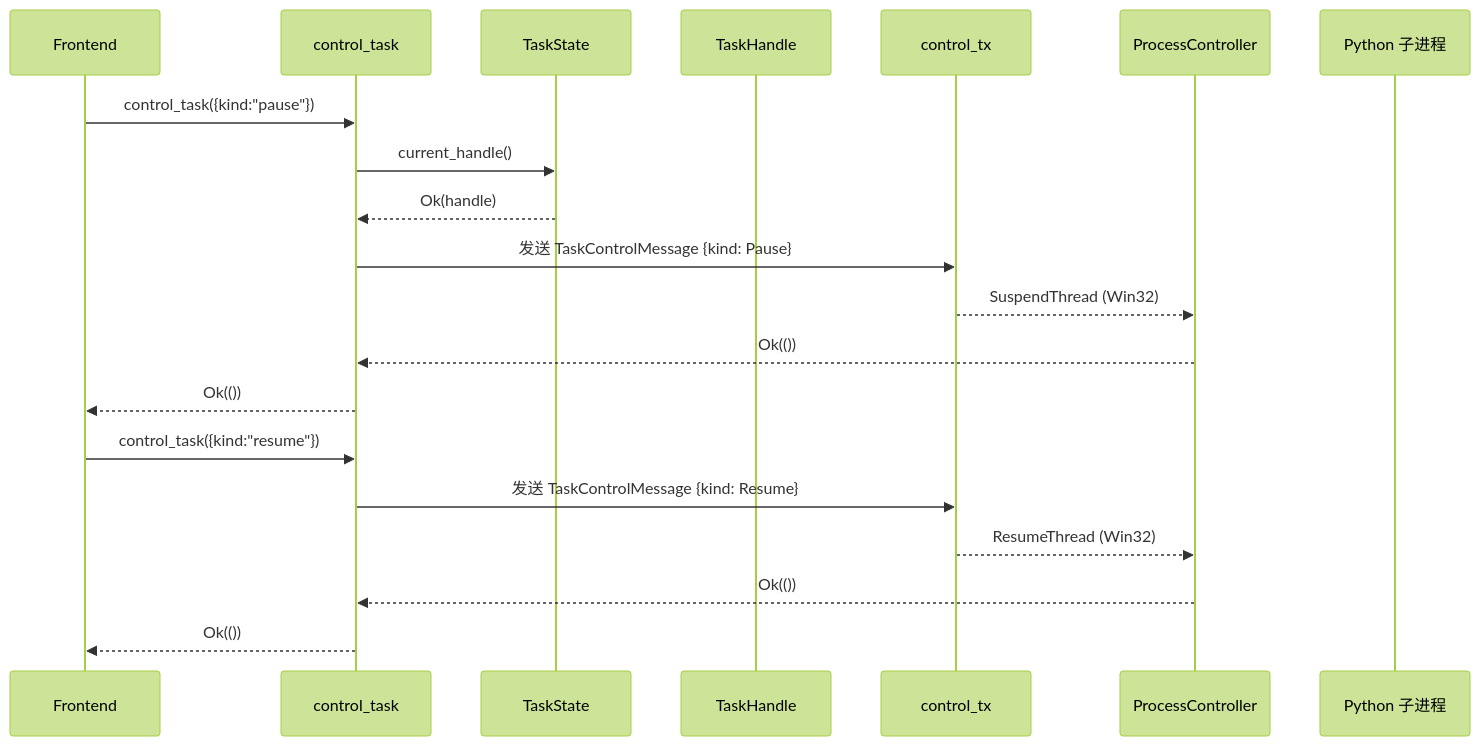
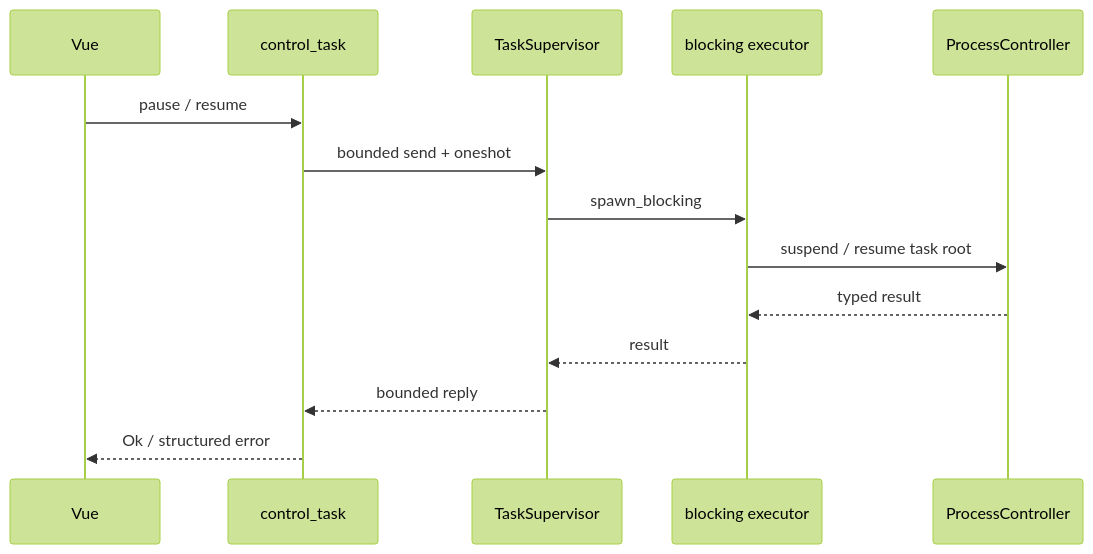
Before and after one commit to youge325/vp: the fourth of 4 diagrams in docs/07-task-lifecycle.md, drawn with Mermaid (forest theme). The commit also changed other lines of this file and 14 other files, not shown here.

````diff
--- a/docs/07-task-lifecycle.md
+++ b/docs/07-task-lifecycle.md
@@ -208,24 +137,17 @@
 ```mermaid
 sequenceDiagram
-    participant Frontend
-    participant Rust as control_task
-    participant State as TaskState
-    participant Handle as TaskHandle
-    participant Control as control_tx
-    participant Process as ProcessController
-    participant Python as Python 子进程
+    participant UI as Vue
+    participant Command as control_task
+    participant Supervisor as TaskSupervisor
+    participant Worker as blocking executor
+    participant OS as ProcessController
 
-    Frontend->>Rust: control_task({kind:"pause"})
-    Rust->>State: current_handle()
-    State-->>Rust: Ok(handle)
-    Rust->>Control: 发送 TaskControlMessage {kind: Pause}
-    Control-->>Process: SuspendThread (Win32)
-    Process-->>Rust: Ok(())
-    Rust-->>Frontend: Ok(())
-
-    Frontend->>Rust: control_task({kind:"resume"})
-    Rust->>Control: 发送 TaskControlMessage {kind: Resume}
-    Control-->>Process: ResumeThread (Win32)
-    Process-->>Rust: Ok(())
-    Rust-->>Frontend: Ok(())
+    UI->>Command: pause / resume
+    Command->>Supervisor: bounded send + oneshot
+    Supervisor->>Worker: spawn_blocking
+    Worker->>OS: suspend / resume task root
+    OS-->>Worker: typed result
+    Worker-->>Supervisor: result
+    Supervisor-->>Command: bounded reply
+    Command-->>UI: Ok / structured error
 ```
````
